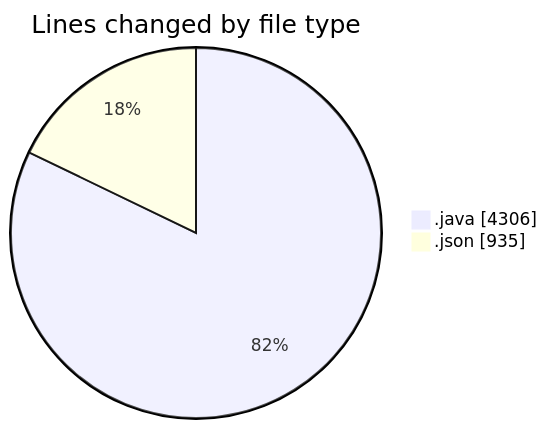
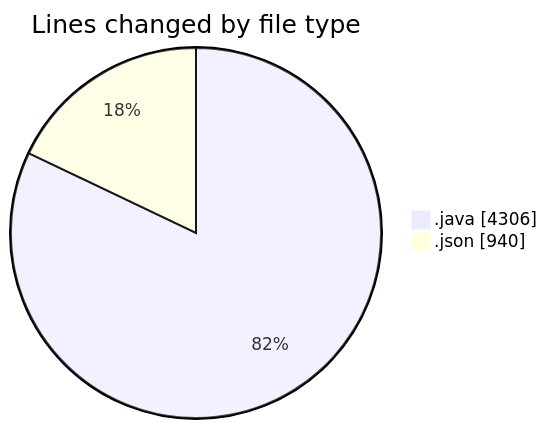
One commit to ricardozamudiocil/code-tracking changed the first of 2 diagrams in 2026-04-24/cilapp/README.md. Above: the diagram before and after it, drawn with Mermaid. The commit also changed other lines of this file and 1 other file, not shown here.

````diff
--- a/2026-04-24/cilapp/README.md
+++ b/2026-04-24/cilapp/README.md
@@ -24,6 +24,6 @@
 ```mermaid
 pie showData
 title Lines changed by file type
 ".java" : 4306
-".json" : 935
+".json" : 940
 ```
````
